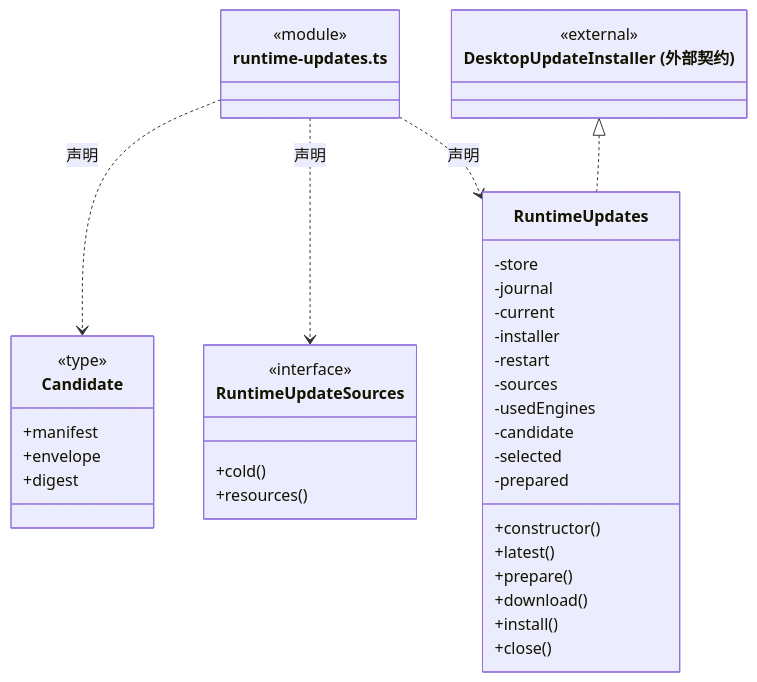
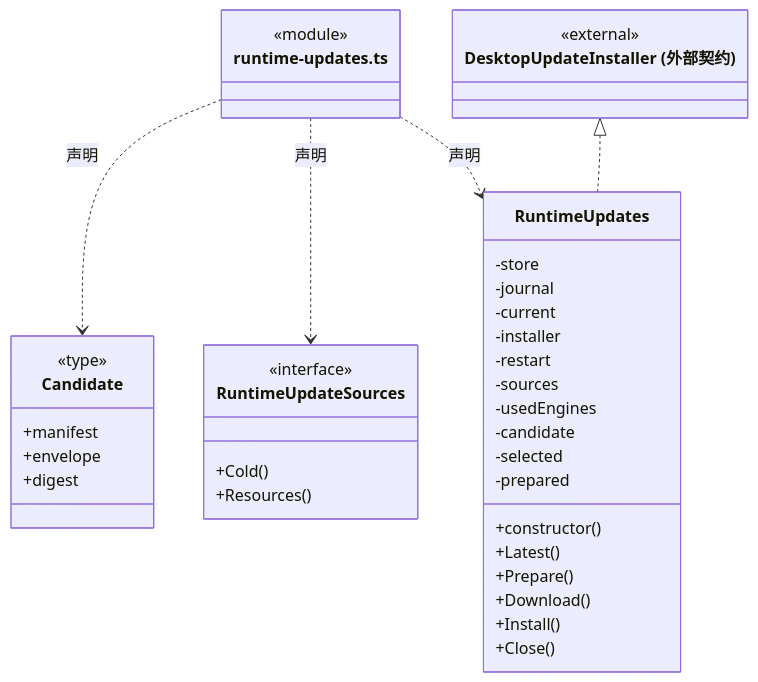
Before and after one commit to nan023062/cbim: diagram 21 of 28 in src/logic/updates/service/ARCHITECTURE.md, drawn with Mermaid. The commit also changed other lines of this file and 1035 other files, not shown here.

````diff
--- a/src/logic/updates/service/ARCHITECTURE.md
+++ b/src/logic/updates/service/ARCHITECTURE.md
@@ -458,42 +458,42 @@
 ```mermaid
 classDiagram
 class N_src_logic_updates_service_runtime_updates_ts["runtime-updates.ts"] {
   <<module>>
 }
 class N_src_logic_updates_service_runtime_updates_ts_Candidate["Candidate"] {
   <<type>>
   +manifest
   +envelope
   +digest
 }
 N_src_logic_updates_service_runtime_updates_ts ..> N_src_logic_updates_service_runtime_updates_ts_Candidate : 声明
 class N_src_logic_updates_service_runtime_updates_ts_RuntimeUpdateSources["RuntimeUpdateSources"] {
   <<interface>>
-  +cold()
-  +resources()
+  +Cold()
+  +Resources()
 }
 N_src_logic_updates_service_runtime_updates_ts ..> N_src_logic_updates_service_runtime_updates_ts_RuntimeUpdateSources : 声明
 class N_src_logic_updates_service_runtime_updates_ts_RuntimeUpdates["RuntimeUpdates"] {
   +constructor()
-  +latest()
-  +prepare()
-  +download()
-  +install()
-  +close()
+  +Latest()
+  +Prepare()
+  +Download()
+  +Install()
+  +Close()
   -store
   -journal
   -current
   -installer
   -restart
   -sources
   -usedEngines
   -candidate
   -selected
   -prepared
 }
 N_src_logic_updates_service_runtime_updates_ts ..> N_src_logic_updates_service_runtime_updates_ts_RuntimeUpdates : 声明
 class N_src_logic_updates_service_runtime_updates_ts_external_DesktopUpdateInstaller["DesktopUpdateInstaller (外部契约)"] {
   <<external>>
 }
 N_src_logic_updates_service_runtime_updates_ts_external_DesktopUpdateInstaller <|.. N_src_logic_updates_service_runtime_updates_ts_RuntimeUpdates
 ```
````
